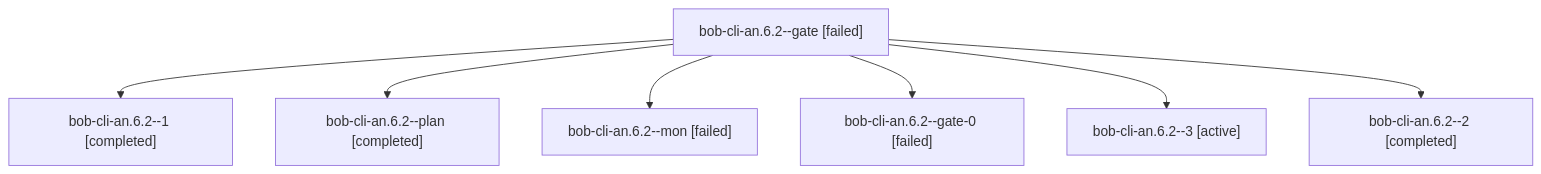
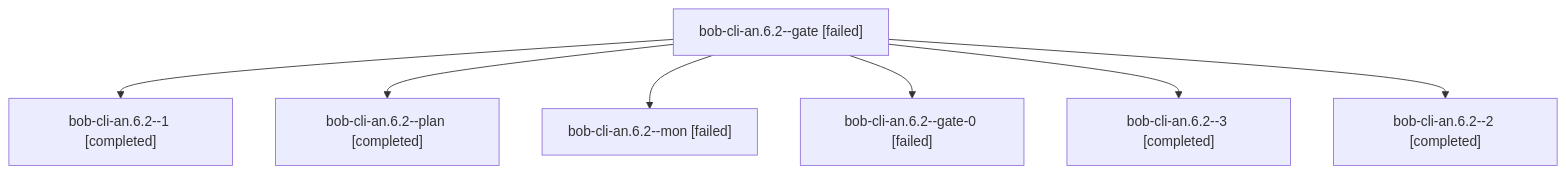
The diagram in sessions/bbugyi200.athena.bob-cli-an.6.2.md (bobs-org/bob-cli--agents), drawn with Mermaid before and after one commit. The commit also changed other lines of this file and 90 other files, not shown here.

````diff
--- a/sessions/bbugyi200.athena.bob-cli-an.6.2.md
+++ b/sessions/bbugyi200.athena.bob-cli-an.6.2.md
@@ -9,16 +9,16 @@
 ```mermaid
 flowchart TD
   n0["bob-cli-an.6.2--gate [failed]"]
   n1["bob-cli-an.6.2--1 [completed]"]
   n0 --> n1
   n2["bob-cli-an.6.2--plan [completed]"]
   n0 --> n2
   n3["bob-cli-an.6.2--mon [failed]"]
   n0 --> n3
   n4["bob-cli-an.6.2--gate-0 [failed]"]
   n0 --> n4
-  n5["bob-cli-an.6.2--3 [active]"]
+  n5["bob-cli-an.6.2--3 [completed]"]
   n0 --> n5
   n6["bob-cli-an.6.2--2 [completed]"]
   n0 --> n6
 ```
````
